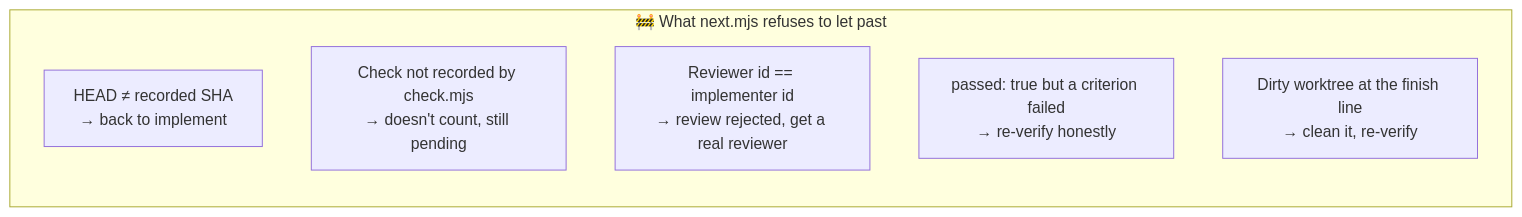
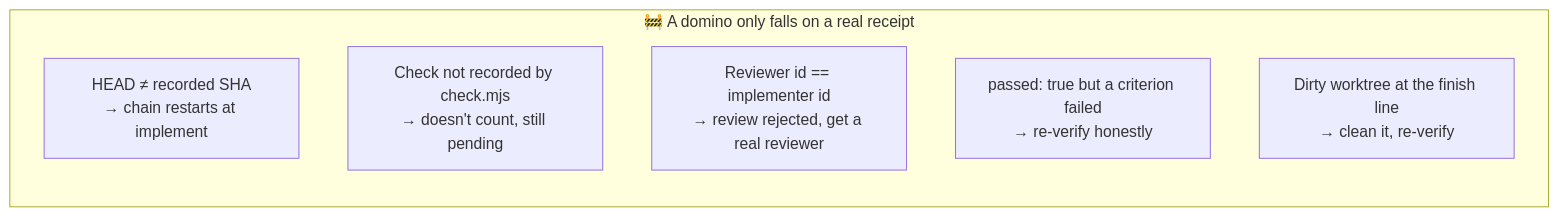
The second of 2 diagrams in README.md (salmanrrana/bones), drawn with Mermaid before and after one commit. The commit also changed other lines of this file, not shown here.

````diff
--- a/README.md
+++ b/README.md
@@ -76,10 +81,10 @@
 ```mermaid
 flowchart LR
-    subgraph GATES["🚧 What next.mjs refuses to let past"]
-        G1["HEAD ≠ recorded SHA<br/>→ back to implement"]
+    subgraph GATES["🚧 A domino only falls on a real receipt"]
+        G1["HEAD ≠ recorded SHA<br/>→ chain restarts at implement"]
         G2["Check not recorded by check.mjs<br/>→ doesn't count, still pending"]
         G3["Reviewer id == implementer id<br/>→ review rejected, get a real reviewer"]
         G4["passed: true but a criterion failed<br/>→ re-verify honestly"]
         G5["Dirty worktree at the finish line<br/>→ clean it, re-verify"]
     end
 ```
````
